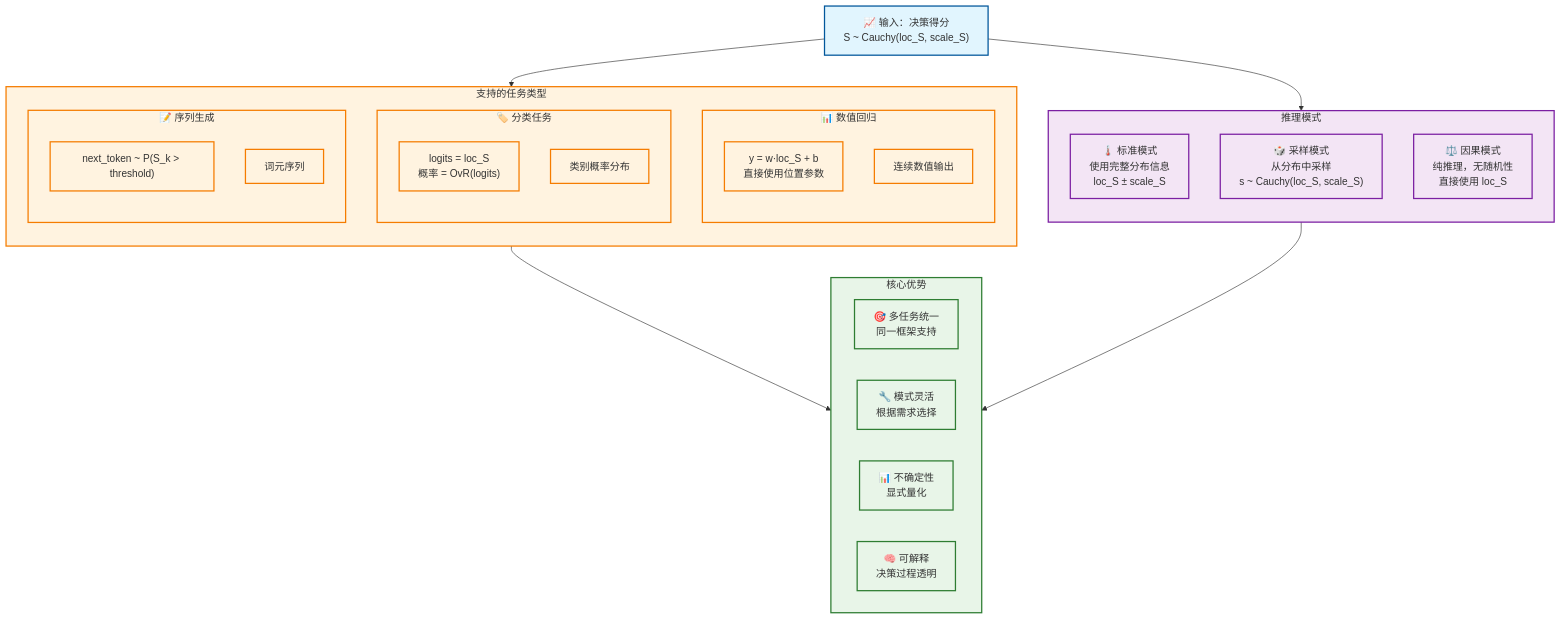
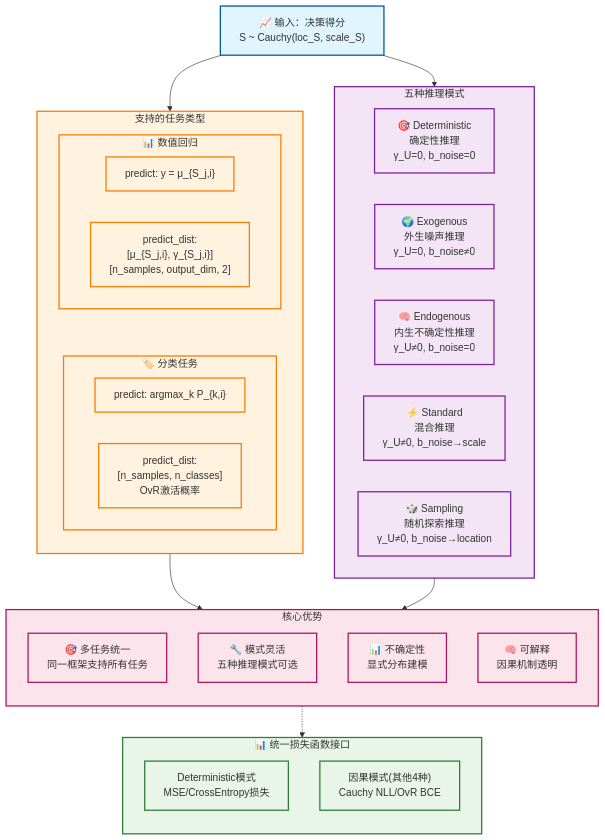
Before and after one commit to 1587causalai/CausalQwen: the fifth of 8 diagrams in causal_engine/MATHEMATICAL_FOUNDATIONS_CN.md, drawn with Mermaid. The commit also changed other lines of this file and 2 other files, not shown here.

````diff
--- a/causal_engine/MATHEMATICAL_FOUNDATIONS_CN.md
+++ b/causal_engine/MATHEMATICAL_FOUNDATIONS_CN.md
@@ -319,58 +298,64 @@
 ```mermaid
 graph TB
     InputS["📈 输入：决策得分<br/>S ~ Cauchy(loc_S, scale_S)"]
     
     subgraph TaskTypes["支持的任务类型"]
         direction TB
         
         subgraph Regression["📊 数值回归"]
-            direction TB
-            RegFormula["y = w·loc_S + b<br/>直接使用位置参数"]
-            RegOutput["连续数值输出"]
+            direction LR
+            RegFormula["predict: y = μ_{S_j,i}"]
+            RegOutput["predict_dist: <br/>[μ_{S_j,i}, γ_{S_j,i}]<br/>[n_samples, output_dim, 2]"]
         end
         
         subgraph Classification["🏷️ 分类任务"]
-            direction TB
-            ClassFormula["logits = loc_S<br/>概率 = OvR(logits)"]
-            ClassOutput["类别概率分布"]
+            direction LR
+            ClassFormula["predict: argmax_k P_{k,i}"]
+            ClassOutput["predict_dist: <br/>[n_samples, n_classes]<br/>OvR激活概率"]
         end
         
-        subgraph Sequence["📝 序列生成"]
-            direction TB
-            SeqFormula["next_token ~ P(S_k > threshold)"]
-            SeqOutput["词元序列"]
-        end
+        Regression ~~~ Classification
     end
     
-    subgraph InferenceModes["推理模式"]
-        direction TB
-        
-        Standard["🌡️ 标准模式<br/>使用完整分布信息<br/>loc_S ± scale_S"]
-        Sampling["🎲 采样模式<br/>从分布中采样<br/>s ~ Cauchy(loc_S, scale_S)"]
-        CausalMode["⚖️ 因果模式<br/>纯推理，无随机性<br/>直接使用 loc_S"]
+    subgraph InferenceModes["五种推理模式"]
+        direction LR
+        Det["🎯 Deterministic<br/>确定性推理<br/>γ_U=0, b_noise=0"]
+        Exo["🌍 Exogenous<br/>外生噪声推理<br/>γ_U=0, b_noise≠0"]
+        Endo["🧠 Endogenous<br/>内生不确定性推理<br/>γ_U≠0, b_noise=0"]
+        Std["⚡ Standard<br/>混合推理<br/>γ_U≠0, b_noise→scale"]
+        Samp["🎲 Sampling<br/>随机探索推理<br/>γ_U≠0, b_noise→location"]
     end
     
     InputS --> TaskTypes
     InputS --> InferenceModes
     
+    subgraph LossUnified["📊 统一损失函数接口"]
+        direction TB
+        Traditional["Deterministic模式<br/>MSE/CrossEntropy损失"]
+        Causal["因果模式(其他4种)<br/>Cauchy NLL/OvR BCE"]
+    end
+    
     subgraph Advantages["核心优势"]
-        direction LR
-        A1["🎯 多任务统一<br/>同一框架支持"]
-        A2["🔧 模式灵活<br/>根据需求选择"]
-        A3["📊 不确定性<br/>显式量化"]
-        A4["🧠 可解释<br/>决策过程透明"]
+        direction TB
+        A1["🎯 多任务统一<br/>同一框架支持所有任务"]
+        A2["🔧 模式灵活<br/>五种推理模式可选"]
+        A3["📊 不确定性<br/>显式分布建模"]
+        A4["🧠 可解释<br/>因果机制透明"]
     end
     
     TaskTypes --> Advantages
     InferenceModes --> Advantages
+    Advantages .-> LossUnified
     
     classDef inputStyle fill:#e1f5fe,stroke:#01579b,stroke-width:2px
     classDef taskStyle fill:#fff3e0,stroke:#f57c00,stroke-width:2px
     classDef modeStyle fill:#f3e5f5,stroke:#7b1fa2,stroke-width:2px
-    classDef advantageStyle fill:#e8f5e8,stroke:#2e7d32,stroke-width:2px
+    classDef lossStyle fill:#e8f5e8,stroke:#2e7d32,stroke-width:2px
+    classDef advantageStyle fill:#fce4ec,stroke:#ad1457,stroke-width:2px
     
     class InputS inputStyle
-    class TaskTypes,Regression,Classification,Sequence,RegFormula,RegOutput,ClassFormula,ClassOutput,SeqFormula,SeqOutput taskStyle
-    class InferenceModes,Standard,Sampling,CausalMode modeStyle
+    class TaskTypes,Regression,Classification,RegFormula,RegOutput,ClassFormula,ClassOutput taskStyle
+    class InferenceModes,Det,Exo,Endo,Std,Samp modeStyle
+    class LossUnified,Traditional,Causal lossStyle
     class Advantages,A1,A2,A3,A4 advantageStyle
 ```
````
